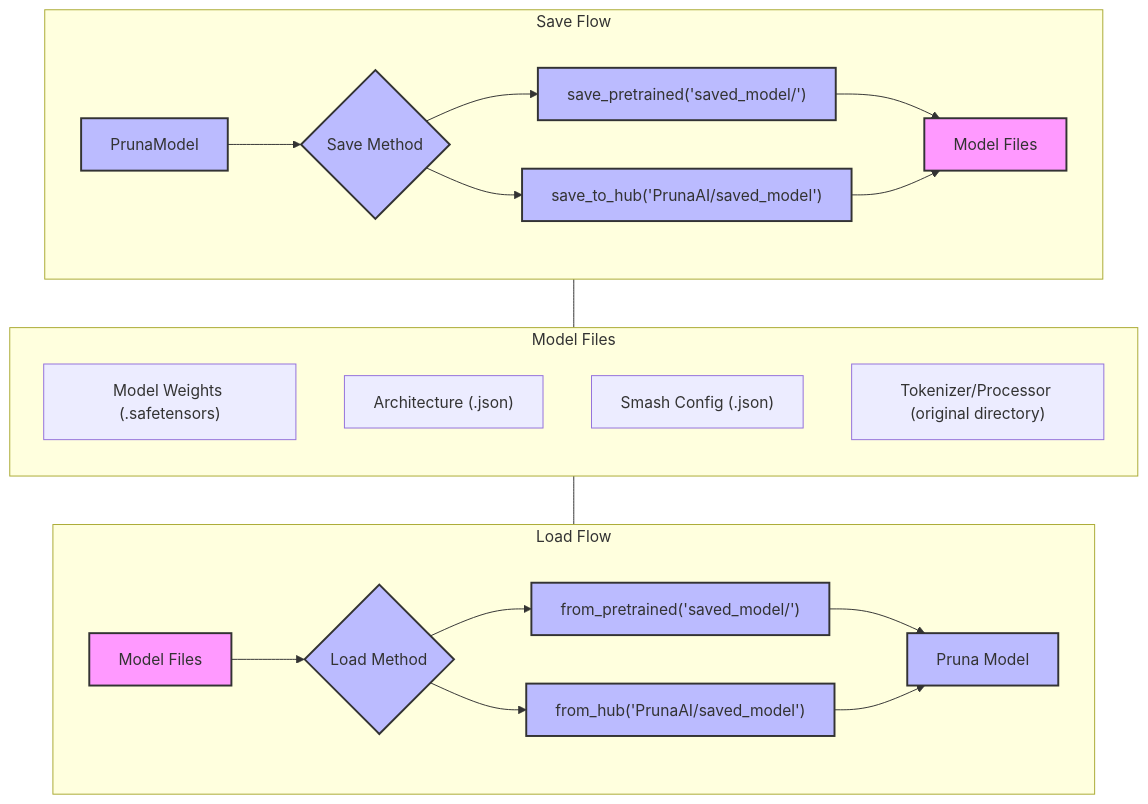
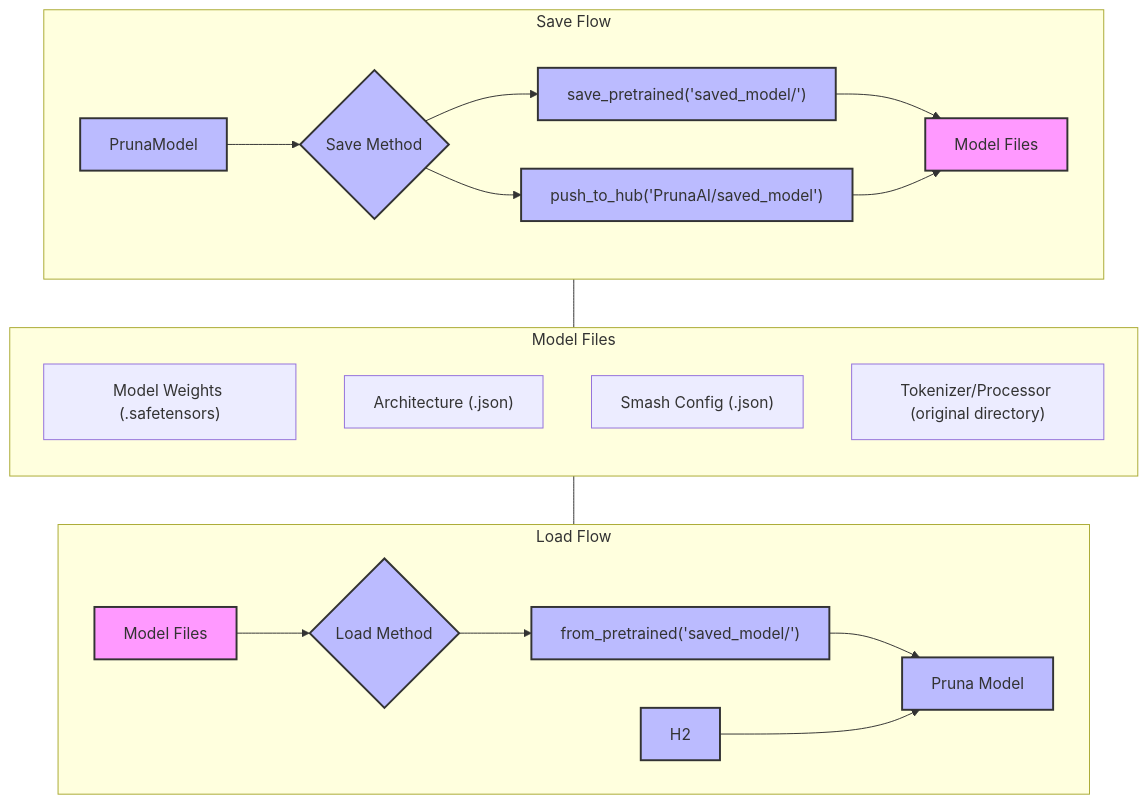
The diagram in docs/user_manual/save_load.rst (PrunaAI/pruna), drawn with Mermaid before and after one commit. The commit also changed other lines of this file and 9 other files, not shown here.

```diff
--- a/docs/user_manual/save_load.rst
+++ b/docs/user_manual/save_load.rst
@@ -15,43 +15,42 @@
 .. mermaid::
     :align: center
 
     flowchart TB
         subgraph LoadFlow["Load Flow"]
             direction LR
             F["Model Files"] --> G{"Load Method"}
             G --> H1["from_pretrained('saved_model/')"]
-            G --> H2["from_hub('PrunaAI/saved_model')"]
             H1 --> I["Pruna Model"]
             H2 --> I
         end
 
         subgraph Model["Model Files"]
             direction TB
             E1["Model Weights (.safetensors)"]
             E2["Architecture (.json)"]
             E3["Smash Config (.json)"]
             E4["Tokenizer/Processor (original directory)"]
         end
 
         subgraph SaveFlow["Save Flow"]
             direction LR
             A["PrunaModel"] --> B{"Save Method"}
             B --> C1["save_pretrained('saved_model/')"]
-            B --> C2["save_to_hub('PrunaAI/saved_model')"]
+            B --> C2["push_to_hub('PrunaAI/saved_model')"]
             C1 --> D["Model Files"]
             C2 --> D
         end
 
         SaveFlow --- Model
         Model --- LoadFlow
 
         style A fill:#bbf,stroke:#333,stroke-width:2px
         style F fill:#f9f,stroke:#333,stroke-width:2px
         style G fill:#bbf,stroke:#333,stroke-width:2px
         style H1 fill:#bbf,stroke:#333,stroke-width:2px
         style H2 fill:#bbf,stroke:#333,stroke-width:2px
         style I fill:#bbf,stroke:#333,stroke-width:2px
         style B fill:#bbf,stroke:#333,stroke-width:2px
         style C1 fill:#bbf,stroke:#333,stroke-width:2px
         style C2 fill:#bbf,stroke:#333,stroke-width:2px
         style D fill:#f9f,stroke:#333,stroke-width:2px
```
